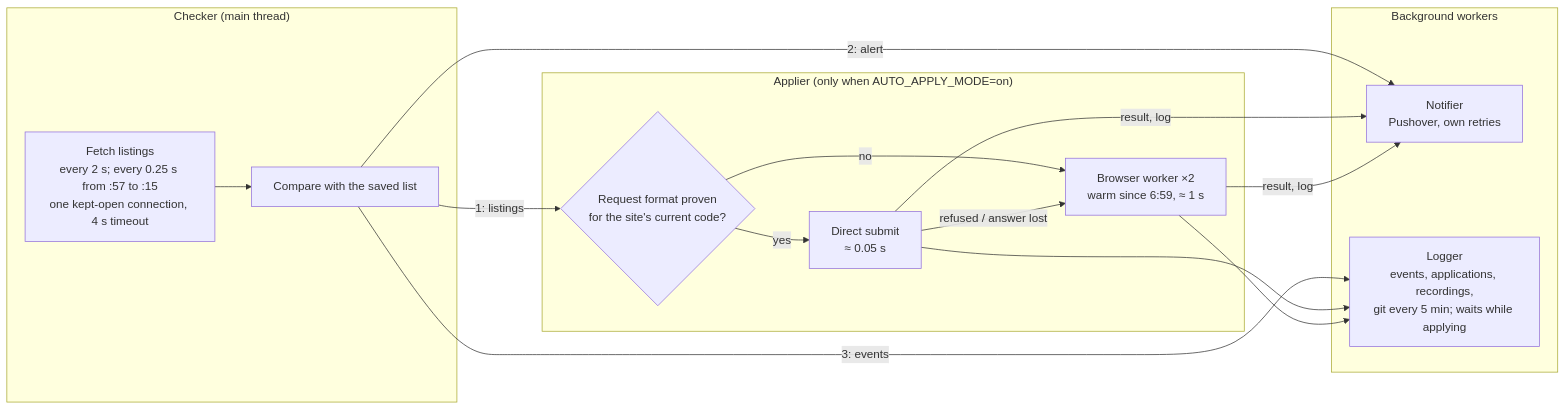
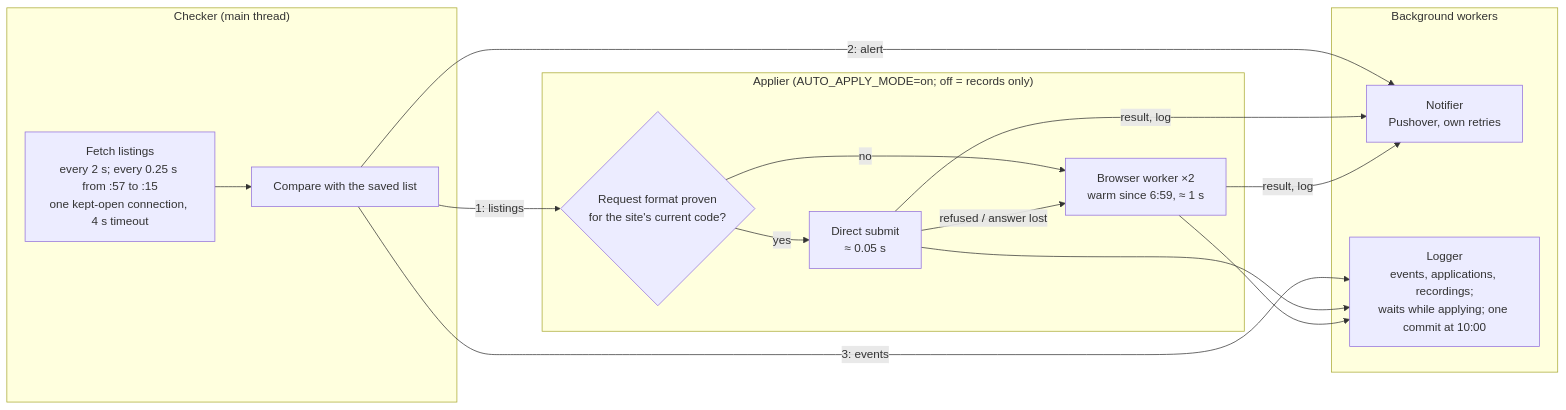
Before and after one commit to cshoffmann/stuytown-affordable-housing-watcher: the first of 2 diagrams in docs/architecture.md, drawn with Mermaid. The commit also changed other lines of this file and 6 other files, not shown here.

First line of the commit message:
Auto-apply off = recording only; one commit a day

````diff
--- a/docs/architecture.md
+++ b/docs/architecture.md
@@ -11,23 +11,23 @@
 ```mermaid
 flowchart LR
     subgraph checker["Checker (main thread)"]
         P["Fetch listings<br/>every 2 s; every 0.25 s from :57 to :15<br/>one kept-open connection, 4 s timeout"] --> D["Compare with the saved list"]
     end
-    subgraph applier["Applier (only when AUTO_APPLY_MODE=on)"]
+    subgraph applier["Applier (AUTO_APPLY_MODE=on; off = records only)"]
         R{"Request format proven<br/>for the site's current code?"}
         R -- yes --> X["Direct submit<br/>≈ 0.05 s"]
         R -- no --> B["Browser worker ×2<br/>warm since 6:59, ≈ 1 s"]
         X -- "refused / answer lost" --> B
     end
     subgraph bg["Background workers"]
         N["Notifier<br/>Pushover, own retries"]
-        L["Logger<br/>events, applications, recordings,<br/>git every 5 min; waits while applying"]
+        L["Logger<br/>events, applications, recordings;<br/>waits while applying; one commit at 10:00"]
     end
     D -- "1: listings" --> R
     D -- "2: alert" --> N
     D -- "3: events" --> L
     X -- "result, log" --> N
     B -- "result, log" --> N
     X --> L
     B --> L
 ```
````
